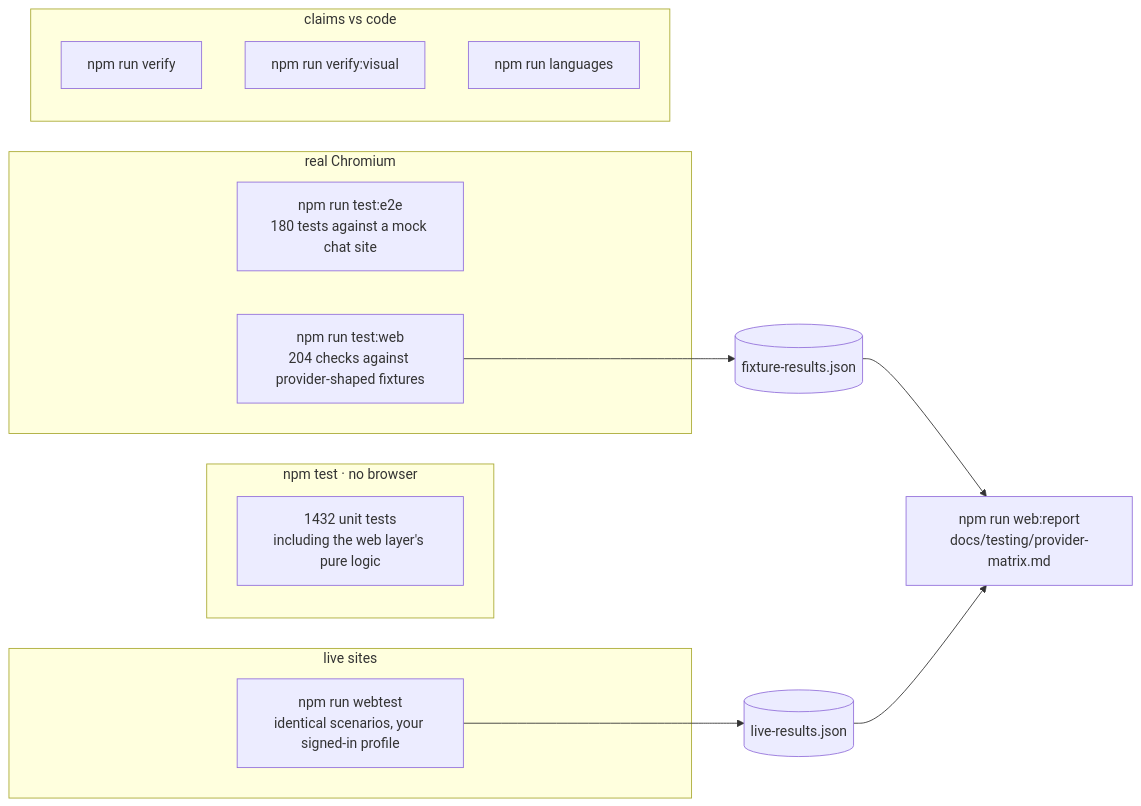
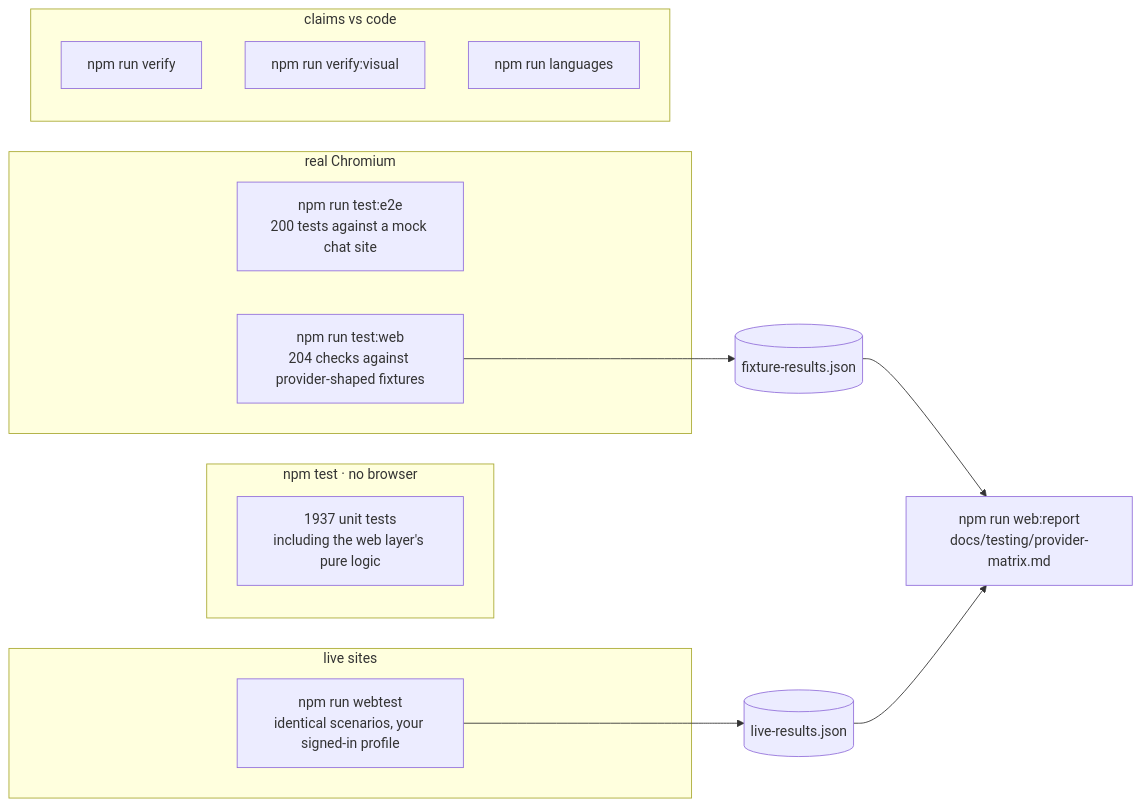
One commit to siddarth1872004/CloseNI changed the eighth of 9 diagrams in README.md. Above: the diagram before and after it, drawn with Mermaid. The commit also changed other lines of this file and 2 other files, not shown here.

Commit message:
Update the test counts

````diff
--- a/README.md
+++ b/README.md
@@ -594,21 +594,21 @@
 ```mermaid
 flowchart LR
     subgraph unit["npm test · no browser"]
-        U1["1432 unit tests<br/>including the web layer's pure logic"]
+        U1["1937 unit tests<br/>including the web layer's pure logic"]
     end
     subgraph browser["real Chromium"]
-        E2E["npm run test:e2e<br/>180 tests against a mock chat site"]
+        E2E["npm run test:e2e<br/>200 tests against a mock chat site"]
         WEB["npm run test:web<br/>204 checks against provider-shaped fixtures"]
     end
     subgraph live["live sites"]
         WT["npm run webtest<br/>identical scenarios, your signed-in profile"]
     end
     subgraph meta["claims vs code"]
         VF["npm run verify"]
         VV["npm run verify:visual"]
         LG["npm run languages"]
     end
     WEB --> FR[("fixture-results.json")]
     WT --> LR[("live-results.json")]
     FR & LR --> REP["npm run web:report<br/>docs/testing/provider-matrix.md"]
 ```
````
